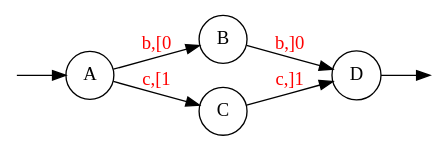
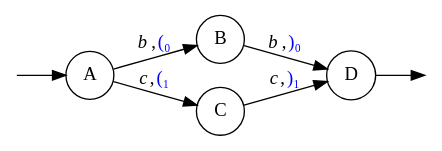
One commit to 0Marble/lgraphs changed the diagram in text/graphs/example_determined.dot. Above: the diagram before and after it, drawn with Graphviz. The commit also changed 36 other files, not shown here.

```diff
--- a/text/graphs/example_determined.dot
+++ b/text/graphs/example_determined.dot
@@ -1,12 +1,12 @@
 digraph {
     rankdir = "LR"
     node [shape=circle]
     Q0 [style=invisible, height=0, width=0, fixedsize=true];
     Q1 [style=invisible, height=0, width=0, fixedsize=true];
     Q0 -> A;
-    A -> B [label="b,[0", fontcolor=red];
-    A -> C [label="c,[1", fontcolor=red];
-    B -> D [label="b,]0", fontcolor=red];
-    C -> D [label="c,]1", fontcolor=red];
+    A -> B [label=<<i>b</i>,<FONT COLOR="blue">(₀</FONT>>];
+    A -> C [label=<<i>c</i>,<FONT COLOR="blue">(₁</FONT>>];    
+    B -> D [label=<<i>b</i>,<FONT COLOR="blue">)₀</FONT>>];    
+    C -> D [label=<<i>c</i>,<FONT COLOR="blue">)₁</FONT>>];    
     D -> Q1;
 }
```
